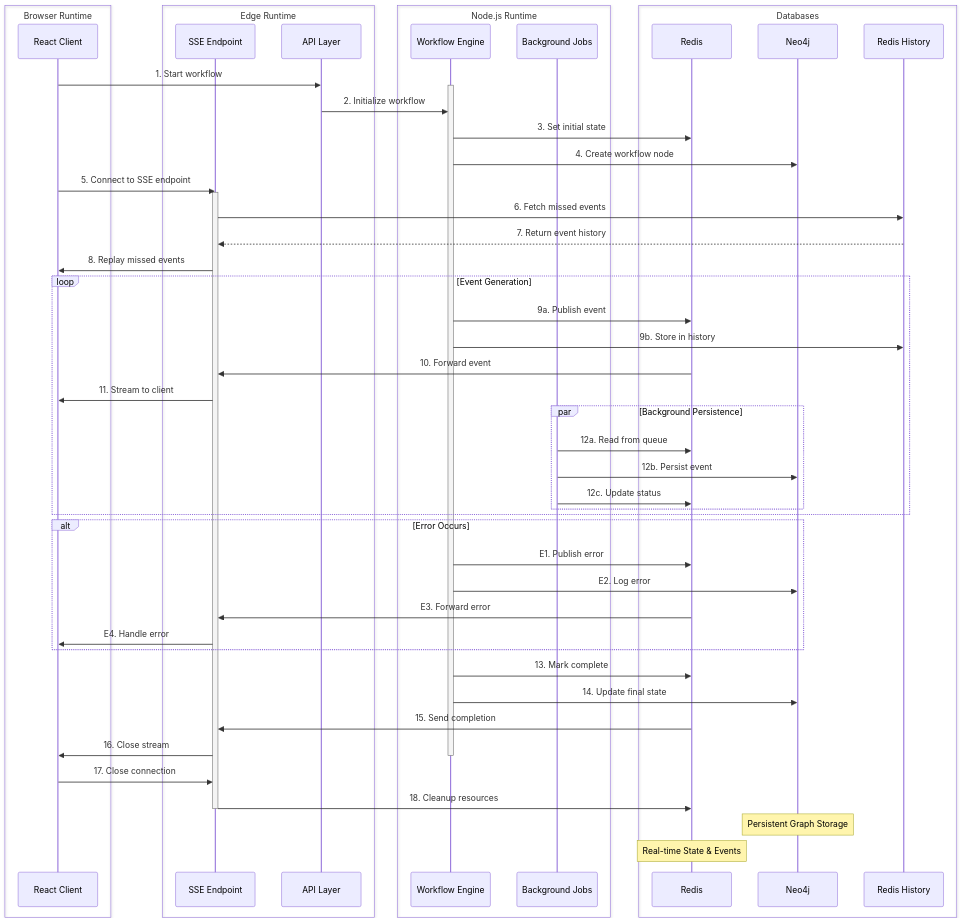
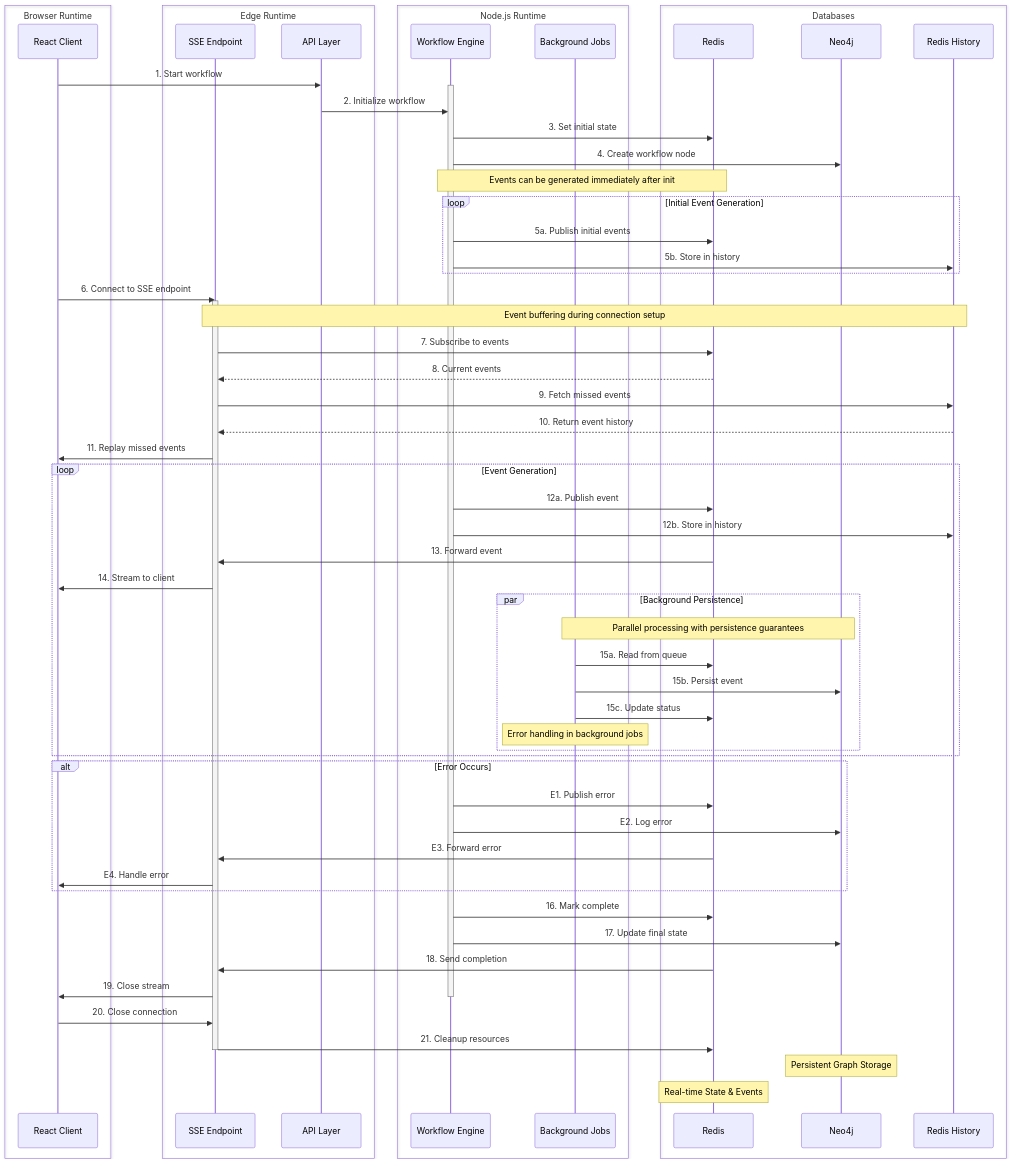
One commit to youngchingjui/issue-to-pr changed the diagram in docs/assets/data-flow-diagram.md. Above: the diagram before and after it, drawn with Mermaid. The commit also changed 1 other file, not shown here.

Commit message:
Update data flow diagram and mark task completion in REORGANIZATION.md
- Enhanced the data flow diagram to clarify event generation timing and added notes for event buffering and background processing.
- Marked the task for improving data flow diagram timing as completed in REORGANIZATION.md.

These changes aim to improve the clarity of the data flow and ensure accurate documentation of the event processing sequence.

```diff
--- a/docs/assets/data-flow-diagram.md
+++ b/docs/assets/data-flow-diagram.md
@@ -27,23 +27,37 @@
     Workflow->>Redis: 3. Set initial state
     Workflow->>Neo4j: 4. Create workflow node
 
-    Client->>SSE: 5. Connect to SSE endpoint
+    note over Workflow,Redis: Events can be generated immediately after init
+
+    loop Initial Event Generation
+        Workflow->>Redis: 5a. Publish initial events
+        Workflow->>History: 5b. Store in history
+    end
+
+    Client->>SSE: 6. Connect to SSE endpoint
     activate SSE
 
-    SSE->>History: 6. Fetch missed events
-    History-->>SSE: 7. Return event history
-    SSE->>Client: 8. Replay missed events
+    note over SSE,History: Event buffering during connection setup
+
+    SSE->>Redis: 7. Subscribe to events
+    Redis-->>SSE: 8. Current events
+
+    SSE->>History: 9. Fetch missed events
+    History-->>SSE: 10. Return event history
+    SSE->>Client: 11. Replay missed events
 
     loop Event Generation
-        Workflow->>Redis: 9a. Publish event
-        Workflow->>History: 9b. Store in history
-        Redis->>SSE: 10. Forward event
-        SSE->>Client: 11. Stream to client
+        Workflow->>Redis: 12a. Publish event
+        Workflow->>History: 12b. Store in history
+        Redis->>SSE: 13. Forward event
+        SSE->>Client: 14. Stream to client
 
         par Background Persistence
-            Background->>Redis: 12a. Read from queue
-            Background->>Neo4j: 12b. Persist event
-            Background->>Redis: 12c. Update status
+            note over Background,Neo4j: Parallel processing with persistence guarantees
+            Background->>Redis: 15a. Read from queue
+            Background->>Neo4j: 15b. Persist event
+            Background->>Redis: 15c. Update status
+            note over Background: Error handling in background jobs
         end
     end
 
@@ -54,14 +68,14 @@
         SSE->>Client: E4. Handle error
     end
 
-    Workflow->>Redis: 13. Mark complete
-    Workflow->>Neo4j: 14. Update final state
-    Redis->>SSE: 15. Send completion
-    SSE->>Client: 16. Close stream
+    Workflow->>Redis: 16. Mark complete
+    Workflow->>Neo4j: 17. Update final state
+    Redis->>SSE: 18. Send completion
+    SSE->>Client: 19. Close stream
     deactivate Workflow
 
-    Client->>SSE: 17. Close connection
-    SSE->>Redis: 18. Cleanup resources
+    Client->>SSE: 20. Close connection
+    SSE->>Redis: 21. Cleanup resources
     deactivate SSE
 
     note over Neo4j: Persistent Graph Storage
```
